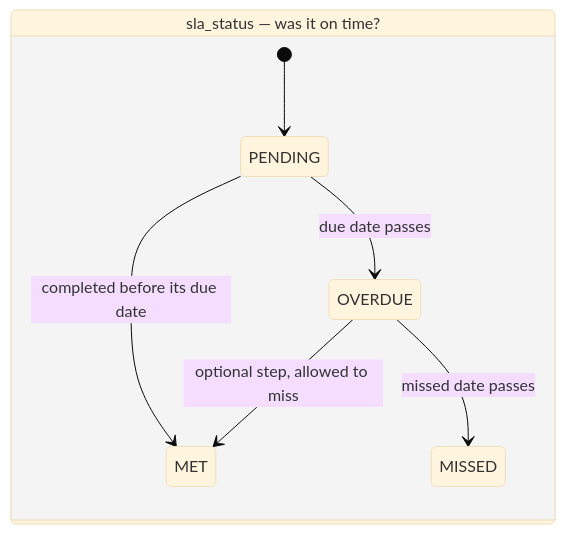
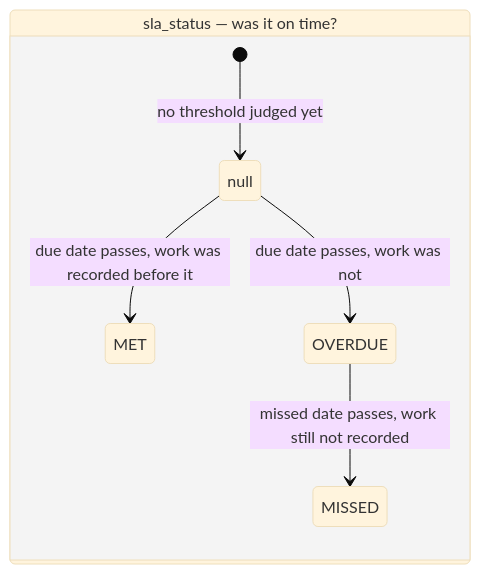
Before and after one commit to Jayaprakash8887/cce-common-util: the third of 3 diagrams in docs/architecture-overview.md, drawn with Mermaid (base theme). The commit also changed other lines of this file and 30 other files, not shown here.

````diff
--- a/docs/architecture-overview.md
+++ b/docs/architecture-overview.md
@@ -120,11 +120,10 @@
 ```mermaid
 stateDiagram-v2
     direction LR
     state "sla_status — was it on time?" as SL {
-        [*] --> PENDING
-        PENDING --> MET : completed before its due date
-        PENDING --> OVERDUE : due date passes
-        OVERDUE --> MET : optional step, allowed to miss
-        OVERDUE --> MISSED : missed date passes
+        [*] --> null : no threshold judged yet
+        null --> MET : due date passes, work was recorded before it
+        null --> OVERDUE : due date passes, work was not
+        OVERDUE --> MISSED : missed date passes, work still not recorded
     }
 ```
````
